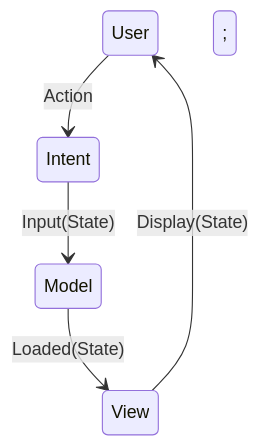
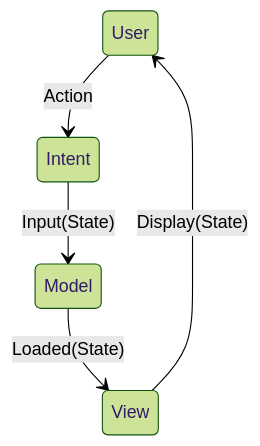
The first of 3 diagrams in _posts/2024-08-12-Harmony-MVI.md (WJRye/wjrye.github.io), drawn with Mermaid before and after one commit. The commit also changed other lines of this file and 1 other file, not shown here.

````diff
--- a/_posts/2024-08-12-Harmony-MVI.md
+++ b/_posts/2024-08-12-Harmony-MVI.md
@@ -46,7 +45,8 @@
-<div class="mermaid">
+```mermaid
+%%{ init : { "theme": "forest" } }%%
 stateDiagram-v2
-    User --> Intent: Action;
-    Intent --> Model: Input(State);
-    Model --> View: Loaded(State);
-    View --> User: Display(State);
-</div>
+    User --> Intent: Action
+    Intent --> Model: Input(State)
+    Model --> View: Loaded(State)
+    View --> User: Display(State)
+```
````
